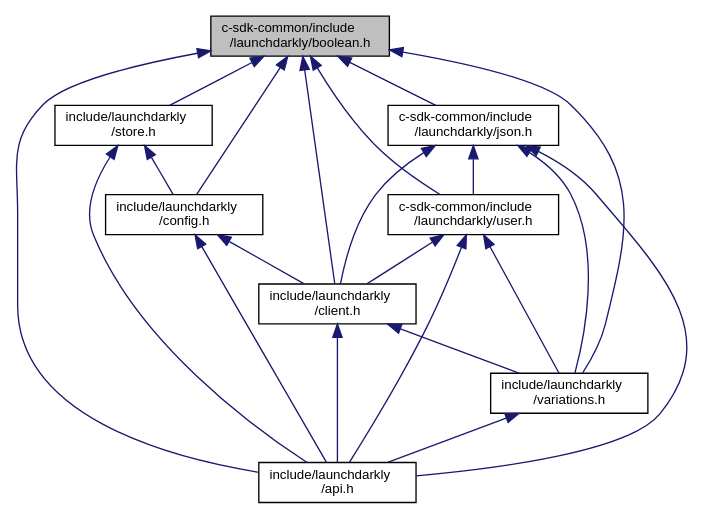
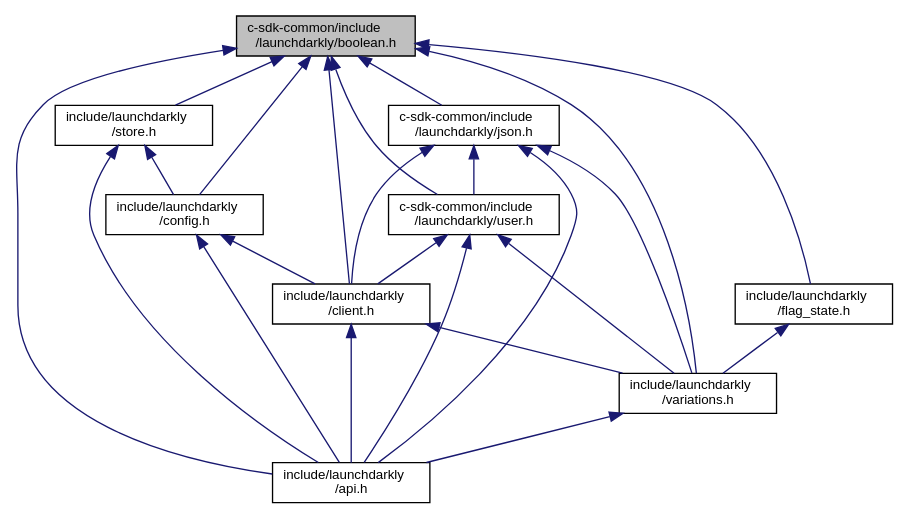
The diagram in boolean_8h__dep__incl.dot (launchdarkly/c-server-sdk), drawn with Graphviz before and after one commit. The commit also changed 55 other files, not shown here.

```diff
--- a/boolean_8h__dep__incl.dot
+++ b/boolean_8h__dep__incl.dot
@@ -1,34 +1,37 @@
 digraph "c-sdk-common/include/launchdarkly/boolean.h"
 {
   edge [fontname="Helvetica",fontsize="10",labelfontname="Helvetica",labelfontsize="10"];
   node [fontname="Helvetica",fontsize="10",shape=record];
   Node1 [label="c-sdk-common/include\l/launchdarkly/boolean.h",height=0.2,width=0.4,color="black", fillcolor="grey75", style="filled", fontcolor="black"];
   Node1 -> Node2 [dir="back",color="midnightblue",fontsize="10",style="solid",fontname="Helvetica"];
   Node2 [label="include/launchdarkly\l/api.h",height=0.2,width=0.4,color="black", fillcolor="white", style="filled",URL="$api_8h.html",tooltip="Public API. Include this for every public operation. "];
   Node1 -> Node3 [dir="back",color="midnightblue",fontsize="10",style="solid",fontname="Helvetica"];
   Node3 [label="include/launchdarkly\l/client.h",height=0.2,width=0.4,color="black", fillcolor="white", style="filled",URL="$client_8h.html",tooltip="Public API for Client operations. "];
   Node3 -> Node2 [dir="back",color="midnightblue",fontsize="10",style="solid",fontname="Helvetica"];
   Node3 -> Node4 [dir="back",color="midnightblue",fontsize="10",style="solid",fontname="Helvetica"];
   Node4 [label="include/launchdarkly\l/variations.h",height=0.2,width=0.4,color="black", fillcolor="white", style="filled",URL="$variations_8h.html",tooltip="Public API for evaluation variations. "];
   Node4 -> Node2 [dir="back",color="midnightblue",fontsize="10",style="solid",fontname="Helvetica"];
   Node1 -> Node5 [dir="back",color="midnightblue",fontsize="10",style="solid",fontname="Helvetica"];
   Node5 [label="include/launchdarkly\l/config.h",height=0.2,width=0.4,color="black", fillcolor="white", style="filled",URL="$config_8h.html",tooltip="Public API for Configuration. "];
   Node5 -> Node3 [dir="back",color="midnightblue",fontsize="10",style="solid",fontname="Helvetica"];
   Node5 -> Node2 [dir="back",color="midnightblue",fontsize="10",style="solid",fontname="Helvetica"];
   Node1 -> Node6 [dir="back",color="midnightblue",fontsize="10",style="solid",fontname="Helvetica"];
   Node6 [label="include/launchdarkly\l/store.h",height=0.2,width=0.4,color="black", fillcolor="white", style="filled",URL="$store_8h.html",tooltip="Public API for Store implementations. "];
   Node6 -> Node5 [dir="back",color="midnightblue",fontsize="10",style="solid",fontname="Helvetica"];
   Node6 -> Node2 [dir="back",color="midnightblue",fontsize="10",style="solid",fontname="Helvetica"];
   Node1 -> Node7 [dir="back",color="midnightblue",fontsize="10",style="solid",fontname="Helvetica"];
   Node7 [label="c-sdk-common/include\l/launchdarkly/json.h",height=0.2,width=0.4,color="black", fillcolor="white", style="filled",URL="$json_8h.html",tooltip="Public API for JSON usage. "];
   Node7 -> Node3 [dir="back",color="midnightblue",fontsize="10",style="solid",fontname="Helvetica"];
   Node7 -> Node8 [dir="back",color="midnightblue",fontsize="10",style="solid",fontname="Helvetica"];
   Node8 [label="c-sdk-common/include\l/launchdarkly/user.h",height=0.2,width=0.4,color="black", fillcolor="white", style="filled",URL="$user_8h.html",tooltip="Public API for User construction. "];
   Node8 -> Node3 [dir="back",color="midnightblue",fontsize="10",style="solid",fontname="Helvetica"];
   Node8 -> Node2 [dir="back",color="midnightblue",fontsize="10",style="solid",fontname="Helvetica"];
   Node8 -> Node4 [dir="back",color="midnightblue",fontsize="10",style="solid",fontname="Helvetica"];
   Node7 -> Node2 [dir="back",color="midnightblue",fontsize="10",style="solid",fontname="Helvetica"];
   Node7 -> Node4 [dir="back",color="midnightblue",fontsize="10",style="solid",fontname="Helvetica"];
   Node1 -> Node8 [dir="back",color="midnightblue",fontsize="10",style="solid",fontname="Helvetica"];
   Node1 -> Node4 [dir="back",color="midnightblue",fontsize="10",style="solid",fontname="Helvetica"];
+  Node1 -> Node9 [dir="back",color="midnightblue",fontsize="10",style="solid",fontname="Helvetica"];
+  Node9 [label="include/launchdarkly\l/flag_state.h",height=0.2,width=0.4,color="black", fillcolor="white", style="filled",URL="$flag__state_8h.html",tooltip="Public API associated with LDAllFlagsState. "];
+  Node9 -> Node4 [dir="back",color="midnightblue",fontsize="10",style="solid",fontname="Helvetica"];
 }
```
